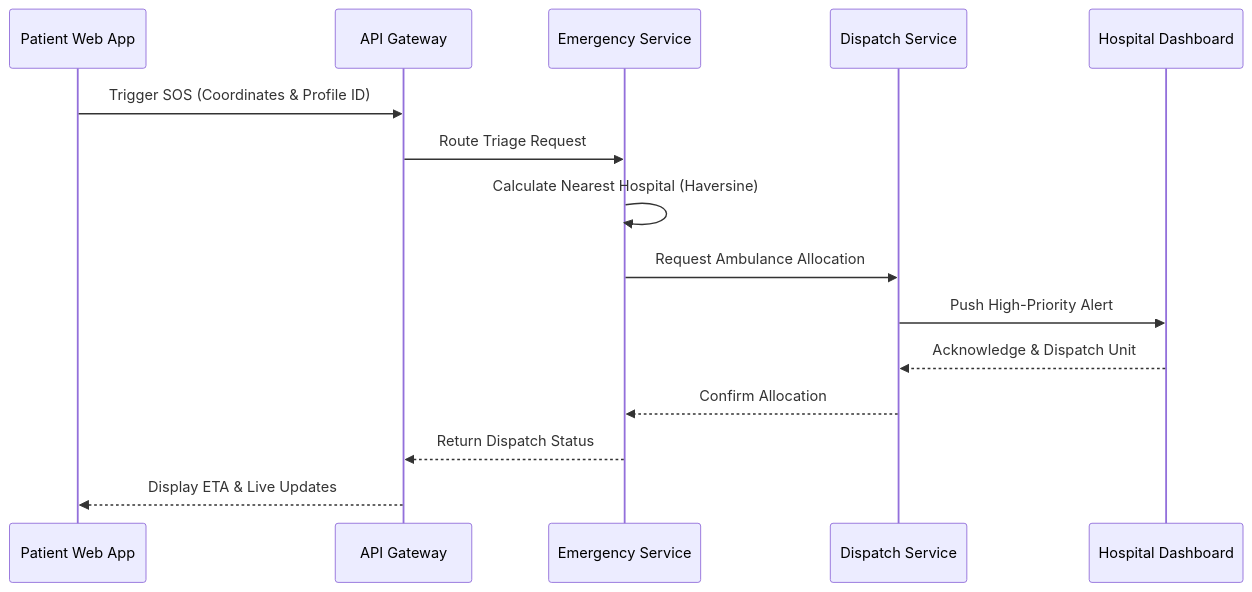
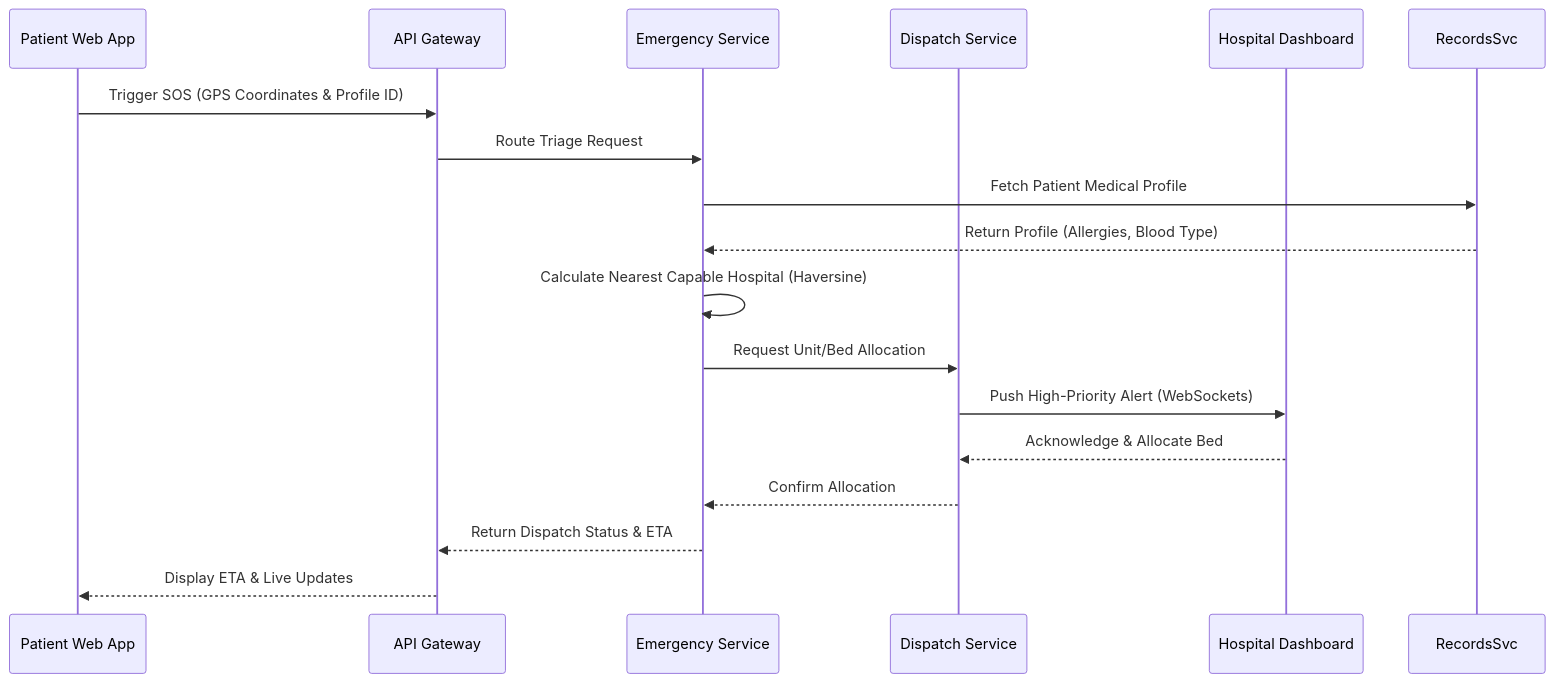
Before and after one commit to simply-mihir/ResQ: the second of 4 diagrams in README.md, drawn with Mermaid. The commit also changed other lines of this file, not shown here.

Commit message:
docs: add comprehensive use cases and diagrams

````diff
--- a/README.md
+++ b/README.md
@@ -70,18 +97,20 @@
 ```mermaid
 sequenceDiagram
     participant Patient as Patient Web App
     participant Gateway as API Gateway
     participant Emergency as Emergency Service
     participant Dispatch as Dispatch Service
     participant Hospital as Hospital Dashboard
 
-    Patient->>Gateway: Trigger SOS (Coordinates & Profile ID)
+    Patient->>Gateway: Trigger SOS (GPS Coordinates & Profile ID)
     Gateway->>Emergency: Route Triage Request
-    Emergency->>Emergency: Calculate Nearest Hospital (Haversine)
-    Emergency->>Dispatch: Request Ambulance Allocation
-    Dispatch->>Hospital: Push High-Priority Alert
-    Hospital-->>Dispatch: Acknowledge & Dispatch Unit
+    Emergency->>RecordsSvc: Fetch Patient Medical Profile
+    RecordsSvc-->>Emergency: Return Profile (Allergies, Blood Type)
+    Emergency->>Emergency: Calculate Nearest Capable Hospital (Haversine)
+    Emergency->>Dispatch: Request Unit/Bed Allocation
+    Dispatch->>Hospital: Push High-Priority Alert (WebSockets)
+    Hospital-->>Dispatch: Acknowledge & Allocate Bed
     Dispatch-->>Emergency: Confirm Allocation
-    Emergency-->>Gateway: Return Dispatch Status
+    Emergency-->>Gateway: Return Dispatch Status & ETA
     Gateway-->>Patient: Display ETA & Live Updates
 ```
````
